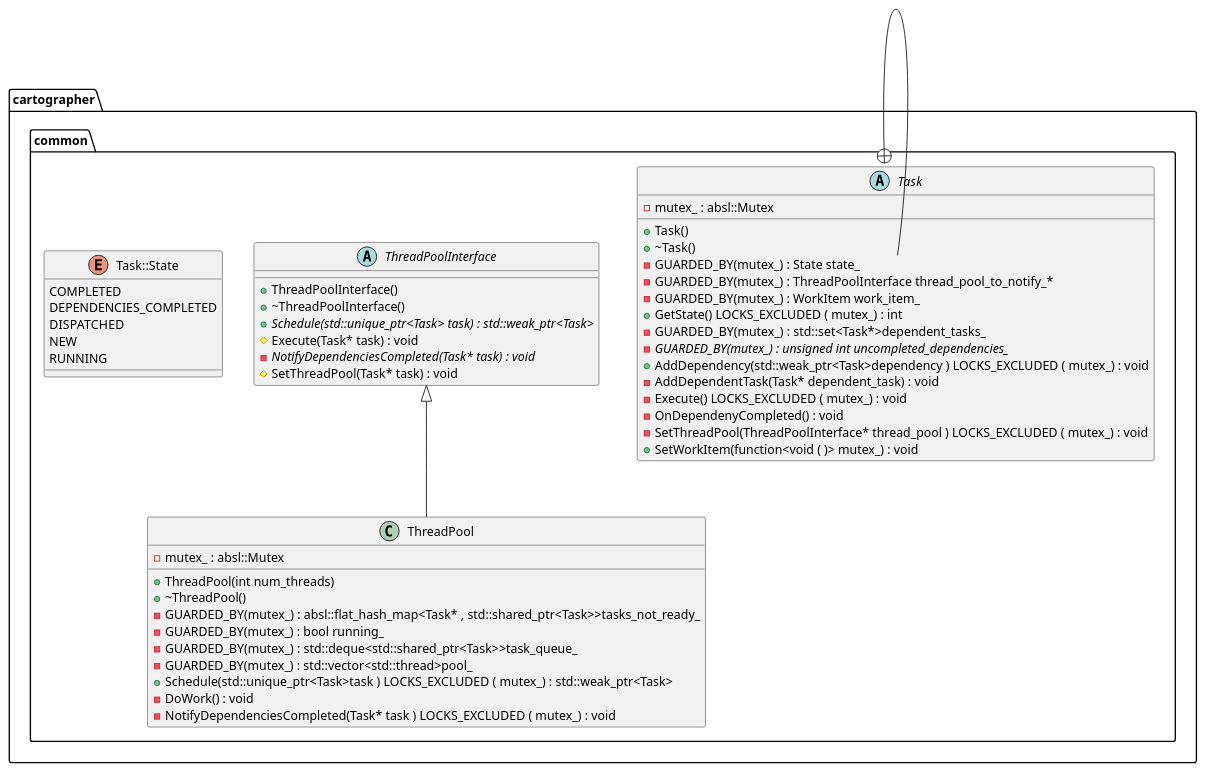
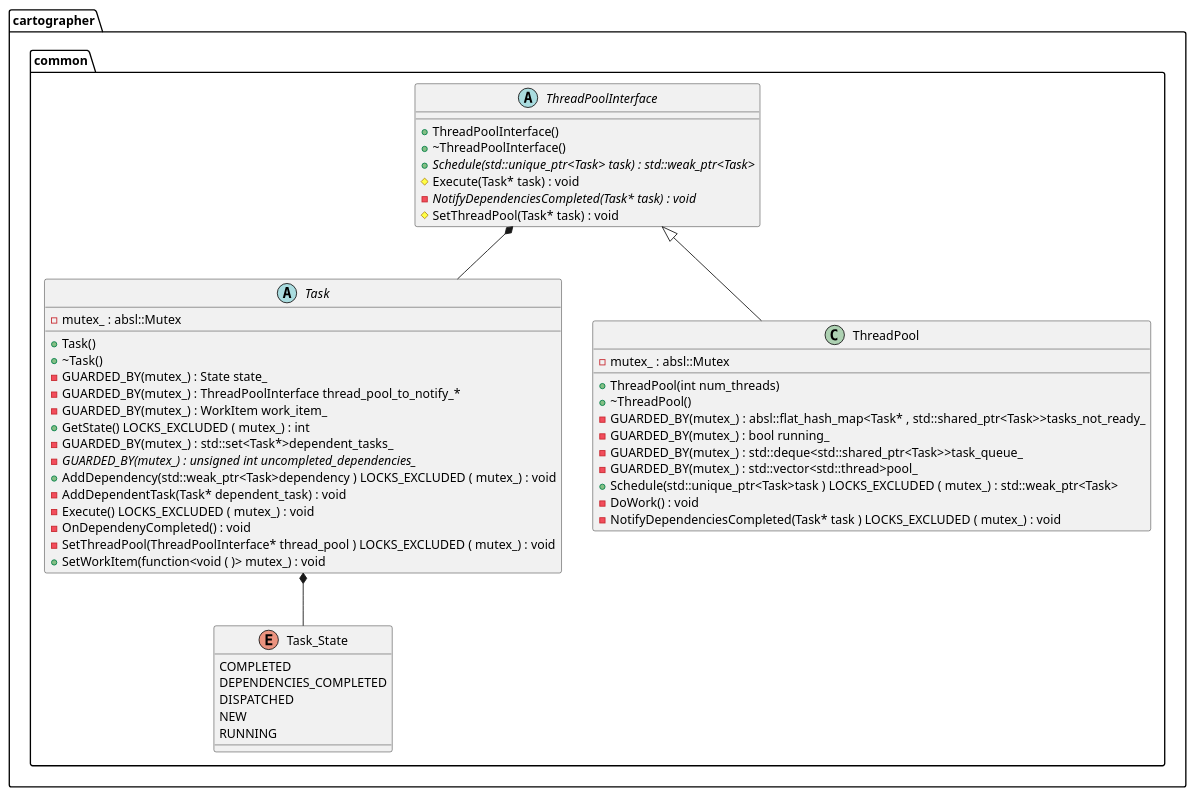
Before and after one commit to Ts-sound/cartographer: the diagram in 0.study/cartographer/assets/puml/common/thread_pool.puml, drawn with PlantUML. The commit also changed 6 other files, not shown here.

```diff
--- a/0.study/cartographer/assets/puml/common/thread_pool.puml
+++ b/0.study/cartographer/assets/puml/common/thread_pool.puml
@@ -1,86 +1,86 @@
 @startuml
 
 
 
 
 
 /' Objects '/
 
 namespace cartographer {
 	namespace common {
 		abstract class Task {
 			+Task()
 			+~Task()
 			-GUARDED_BY(mutex_) : State state_
 			-GUARDED_BY(mutex_) : ThreadPoolInterface thread_pool_to_notify_*
 			-GUARDED_BY(mutex_) : WorkItem work_item_
 			-mutex_ : absl::Mutex
 			+GetState() LOCKS_EXCLUDED ( mutex_) : int
 			-GUARDED_BY(mutex_) : std::set<Task*>dependent_tasks_
 			-{abstract} GUARDED_BY(mutex_) : unsigned int uncompleted_dependencies_
 			+AddDependency(std::weak_ptr<Task>dependency ) LOCKS_EXCLUDED ( mutex_) : void
 			-AddDependentTask(Task* dependent_task) : void
 			-Execute() LOCKS_EXCLUDED ( mutex_) : void
 			-OnDependenyCompleted() : void
 			-SetThreadPool(ThreadPoolInterface* thread_pool ) LOCKS_EXCLUDED ( mutex_) : void
 			+SetWorkItem(function<void ( )> mutex_) : void
 		}
 
 		class ThreadPool {
 			+ThreadPool(int num_threads)
 			+~ThreadPool()
 			-mutex_ : absl::Mutex
 			-GUARDED_BY(mutex_) : absl::flat_hash_map<Task* , std::shared_ptr<Task>>tasks_not_ready_
 			-GUARDED_BY(mutex_) : bool running_
 			-GUARDED_BY(mutex_) : std::deque<std::shared_ptr<Task>>task_queue_
 			-GUARDED_BY(mutex_) : std::vector<std::thread>pool_
 			+Schedule(std::unique_ptr<Task>task ) LOCKS_EXCLUDED ( mutex_) : std::weak_ptr<Task>
 			-DoWork() : void
 			-NotifyDependenciesCompleted(Task* task ) LOCKS_EXCLUDED ( mutex_) : void
 		}
 
 		abstract class ThreadPoolInterface {
 			+ThreadPoolInterface()
 			+~ThreadPoolInterface()
 			+{abstract} Schedule(std::unique_ptr<Task> task) : std::weak_ptr<Task>
 			#Execute(Task* task) : void
 			-{abstract} NotifyDependenciesCompleted(Task* task) : void
 			#SetThreadPool(Task* task) : void
 		}
 
-		enum Task::State {
+		enum Task_State {
 			COMPLETED
 			DEPENDENCIES_COMPLETED
 			DISPATCHED
 			NEW
 			RUNNING
 		}
 	}
 }
 
 
 
 
 
 /' Inheritance relationships '/
 
 cartographer.common.ThreadPoolInterface <|-- cartographer.common.ThreadPool
 
 
 
 
 
 /' Aggregation relationships '/
 
 
 
 
 
 /' Nested objects '/
 
-cartographer.common.Task +-- cartographer.common.Task::State
-
+cartographer.common.Task *-- cartographer.common.Task_State
+cartographer.common.ThreadPoolInterface *-- cartographer.common.Task
 
 
 
 @enduml
```
